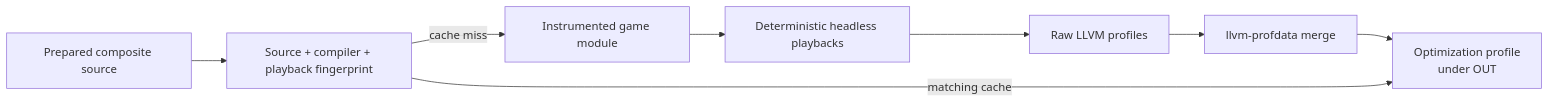
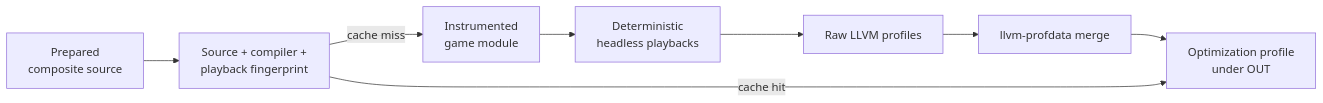
One commit to Aelbannan/boat_of_daphnes changed the ninth of 10 diagrams in docs/architecture/Build.md. Above: the diagram before and after it, drawn with Mermaid. The commit also changed other lines of this file, not shown here.

Commit message:
docs: wrap build diagram labels

````diff
--- a/docs/architecture/Build.md
+++ b/docs/architecture/Build.md
@@ -464,14 +464,14 @@
 ```mermaid
 flowchart LR
-    Prepared["Prepared composite source"]
-    Fingerprint["Source + compiler + playback fingerprint"]
-    Instrumented["Instrumented game module"]
-    Playback["Deterministic headless playbacks"]
+    Prepared["Prepared<br/>composite source"]
+    Fingerprint["Source + compiler +<br/>playback fingerprint"]
+    Instrumented["Instrumented<br/>game module"]
+    Playback["Deterministic<br/>headless playbacks"]
     Raw["Raw LLVM profiles"]
     Merge["llvm-profdata merge"]
     Profile["Optimization profile<br/>under OUT"]
 
     Prepared --> Fingerprint
     Fingerprint -->|cache miss| Instrumented --> Playback --> Raw --> Merge --> Profile
-    Fingerprint -->|matching cache| Profile
+    Fingerprint -->|cache hit| Profile
 ```
````
